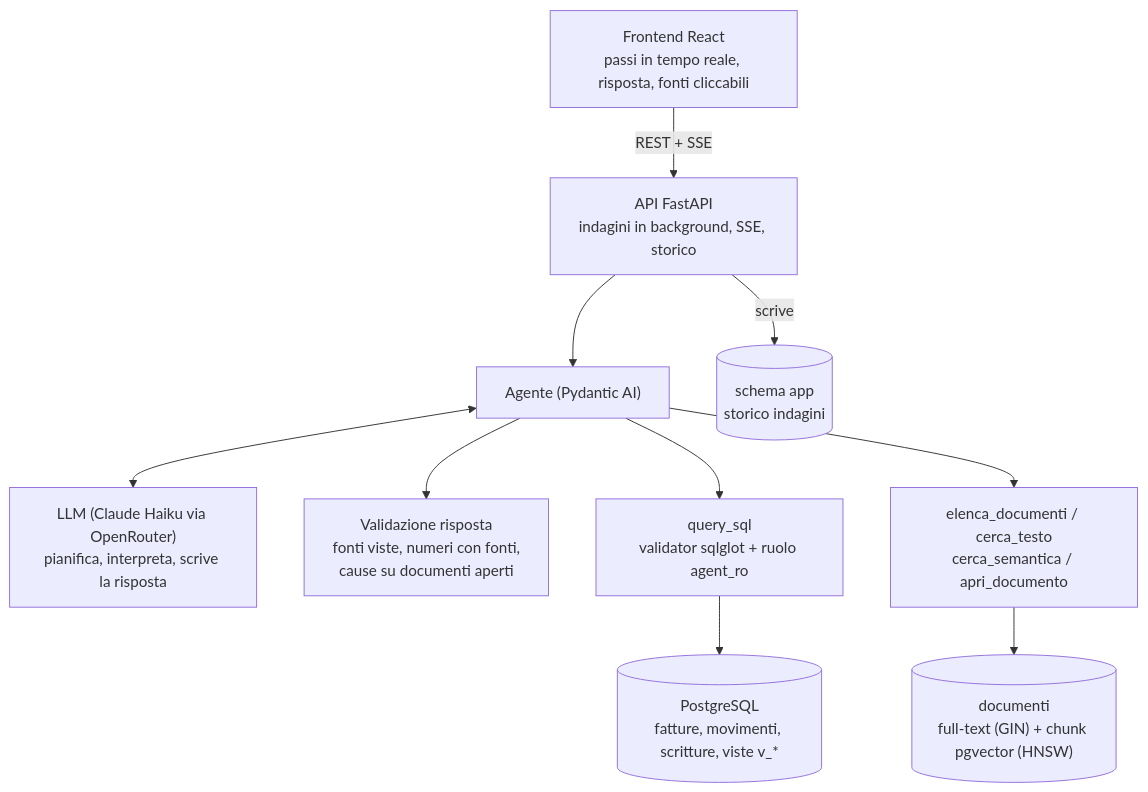
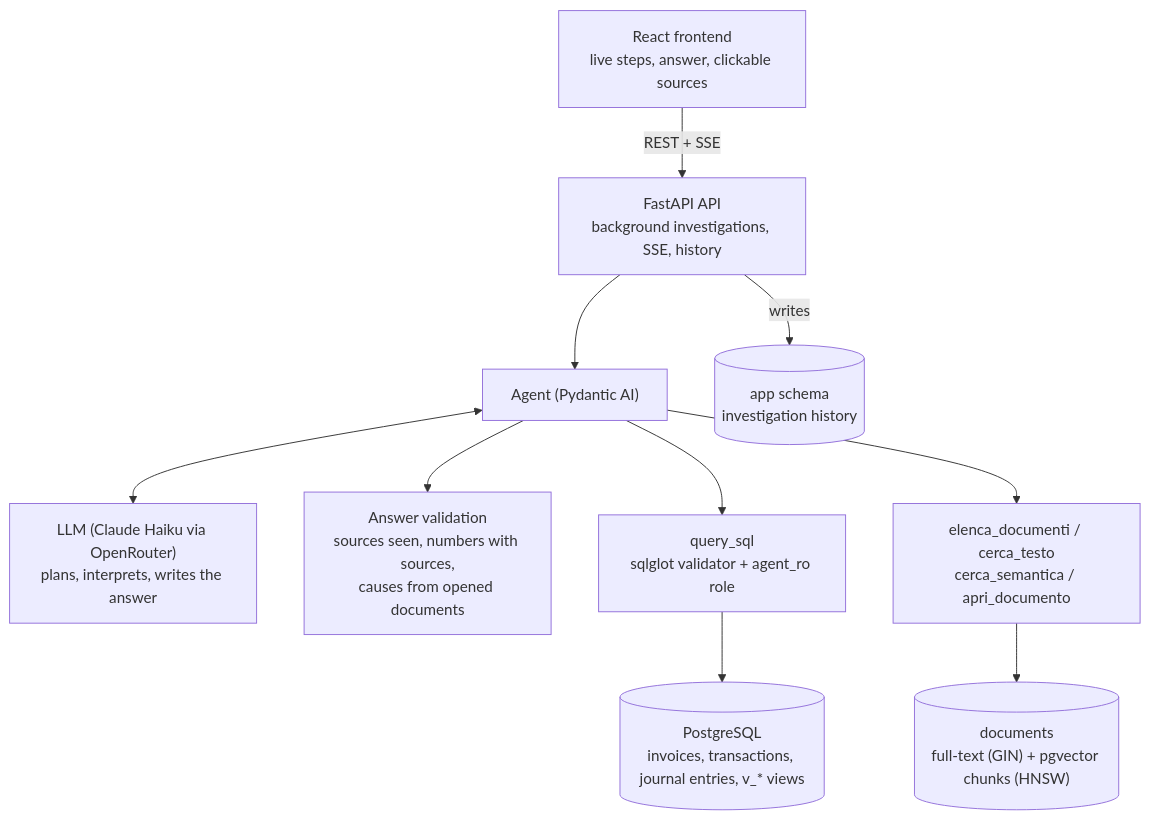
One commit to denkerito/agentic-rag changed the diagram in README.md. Above: the diagram before and after it, drawn with Mermaid. The commit also changed other lines of this file and 8 other files, not shown here.

````diff
--- a/README.md
+++ b/README.md
@@ -88,21 +88,21 @@
 ```mermaid
 flowchart TD
-    UI["Frontend React<br/>passi in tempo reale, risposta, fonti cliccabili"]
-    API["API FastAPI<br/>indagini in background, SSE, storico"]
-    AG["Agente (Pydantic AI)"]
-    LLM["LLM (Claude Haiku via OpenRouter)<br/>pianifica, interpreta, scrive la risposta"]
-    GUARD["Validazione risposta<br/>fonti viste, numeri con fonti,<br/>cause su documenti aperti"]
-    SQL["query_sql<br/>validator sqlglot + ruolo agent_ro"]
+    UI["React frontend<br/>live steps, answer, clickable sources"]
+    API["FastAPI API<br/>background investigations, SSE, history"]
+    AG["Agent (Pydantic AI)"]
+    LLM["LLM (Claude Haiku via OpenRouter)<br/>plans, interprets, writes the answer"]
+    GUARD["Answer validation<br/>sources seen, numbers with sources,<br/>causes from opened documents"]
+    SQL["query_sql<br/>sqlglot validator + agent_ro role"]
     RAG["elenca_documenti / cerca_testo<br/>cerca_semantica / apri_documento"]
-    PG[("PostgreSQL<br/>fatture, movimenti, scritture, viste v_*")]
-    VEC[("documenti<br/>full-text (GIN) + chunk pgvector (HNSW)")]
-    APP[("schema app<br/>storico indagini")]
+    PG[("PostgreSQL<br/>invoices, transactions, journal entries, v_* views")]
+    VEC[("documents<br/>full-text (GIN) + pgvector chunks (HNSW)")]
+    APP[("app schema<br/>investigation history")]
 
     UI -->|REST + SSE| API
     API --> AG
-    API -->|scrive| APP
+    API -->|writes| APP
     AG <--> LLM
     AG --> SQL --> PG
     AG --> RAG --> VEC
     AG --> GUARD
 ```
````
